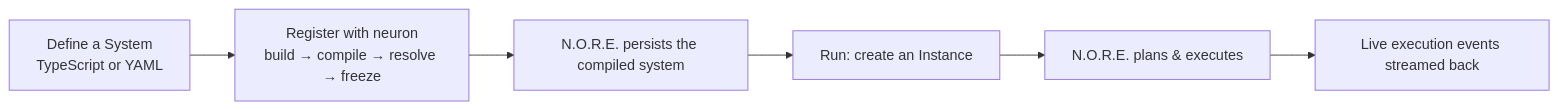
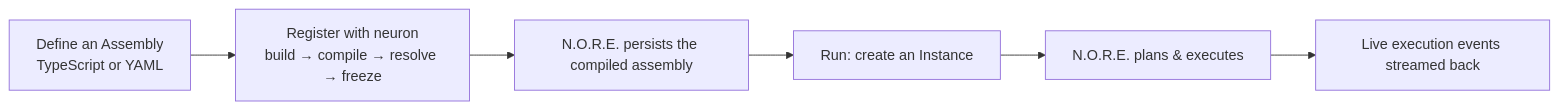
One commit to neuron-runtime/neuron changed the fifth of 6 diagrams in README.md. Above: the diagram before and after it, drawn with Mermaid. The commit also changed other lines of this file and 119 other files, not shown here.

````diff
--- a/README.md
+++ b/README.md
@@ -236,8 +236,8 @@
 ```mermaid
 flowchart LR
-    A[Define a System<br/>TypeScript or YAML] --> B[Register with neuron<br/>build → compile → resolve → freeze]
-    B --> C[N.O.R.E. persists the compiled system]
+    A[Define an Assembly<br/>TypeScript or YAML] --> B[Register with neuron<br/>build → compile → resolve → freeze]
+    B --> C[N.O.R.E. persists the compiled assembly]
     C --> D[Run: create an Instance]
     D --> E[N.O.R.E. plans & executes]
     E --> F[Live execution events streamed back]
 ```
````
